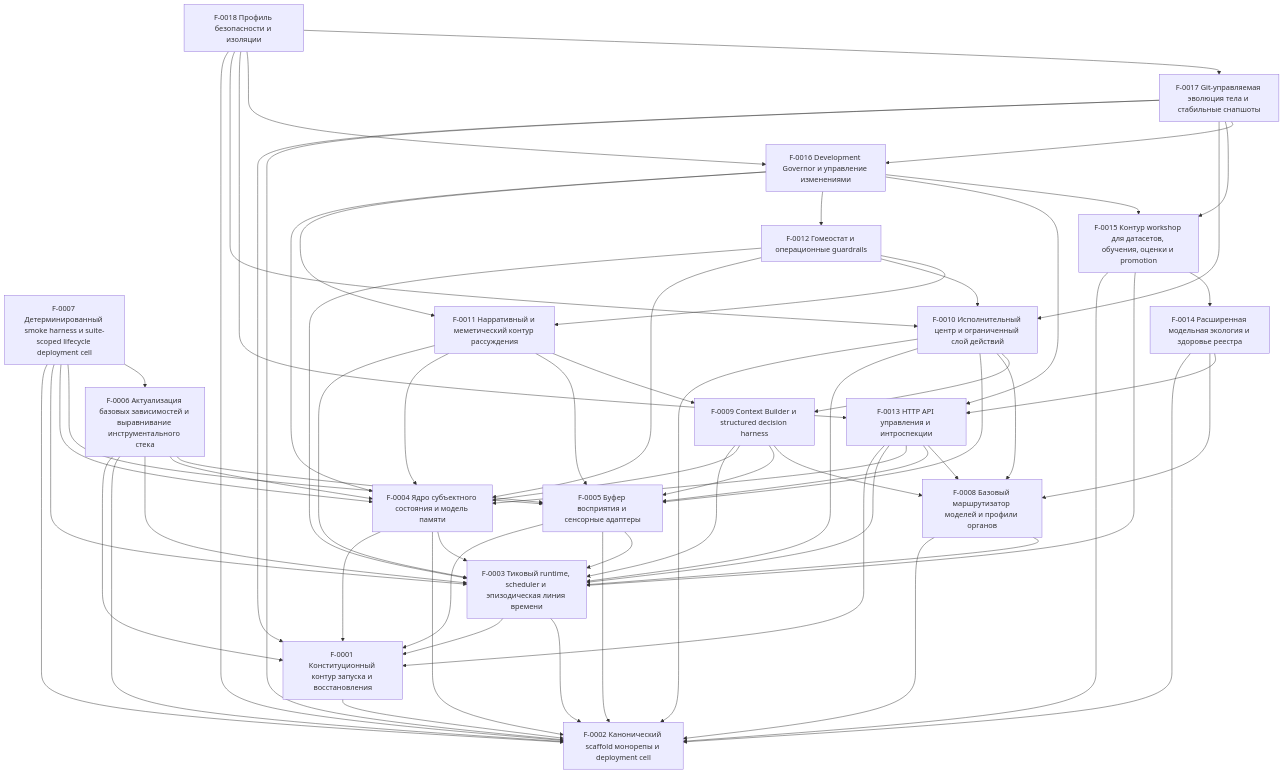
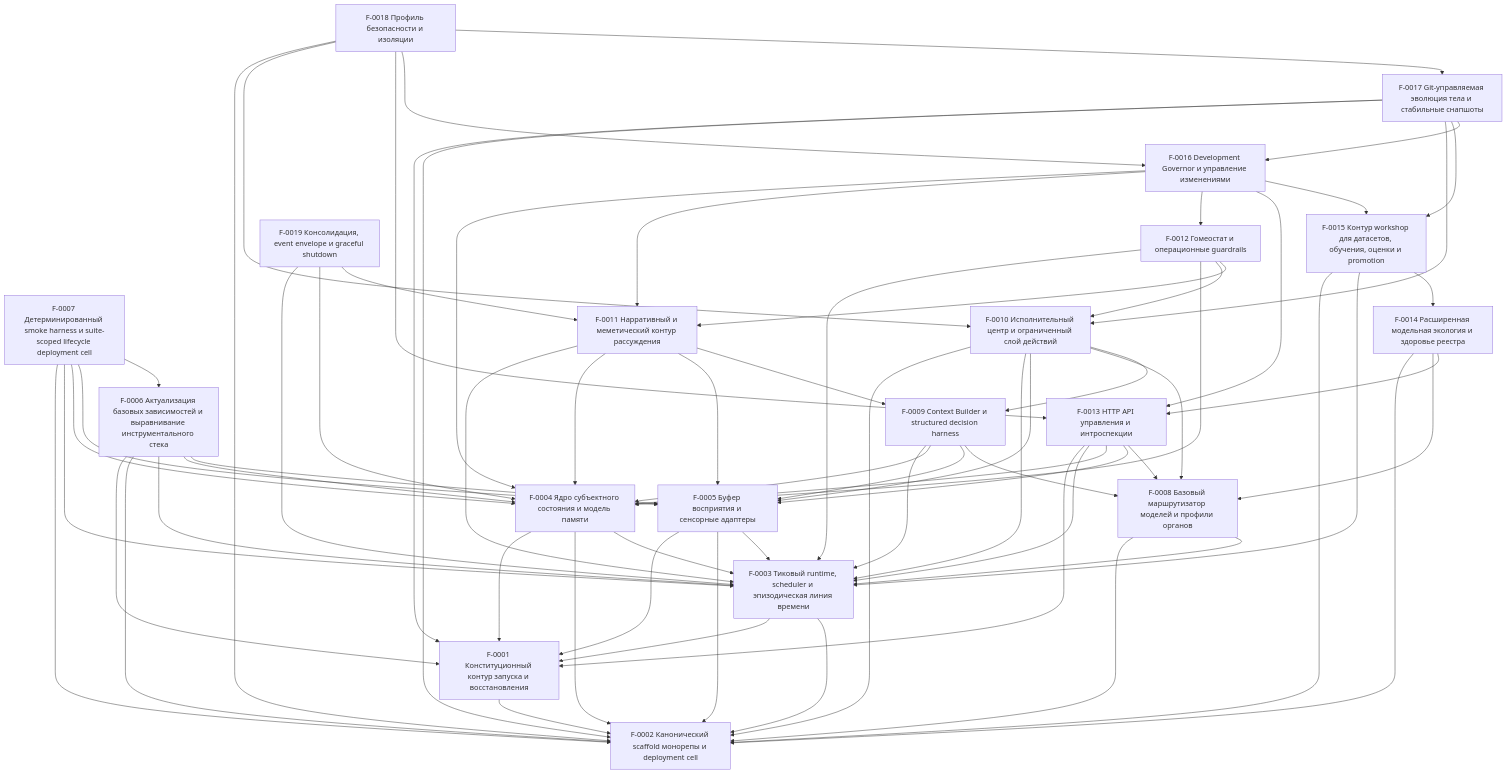
The diagram in docs/ssot/index.md (kostysh/yaagi), drawn with Mermaid before and after one commit. The commit also changed other lines of this file and 4 other files, not shown here.

````diff
--- a/docs/ssot/index.md
+++ b/docs/ssot/index.md
@@ -53,6 +54,7 @@
   F0016["F-0016 Development Governor и управление изменениями"]
   F0017["F-0017 Git-управляемая эволюция тела и стабильные снапшоты"]
   F0018["F-0018 Профиль безопасности и изоляции"]
+  F0019["F-0019 Консолидация, event envelope и graceful shutdown"]
   F0001 --> F0002
   F0003 --> F0001
   F0003 --> F0002
@@ -117,4 +119,7 @@
   F0018 --> F0013
   F0018 --> F0016
   F0018 --> F0017
+  F0019 --> F0003
+  F0019 --> F0004
+  F0019 --> F0011
 ```
````
